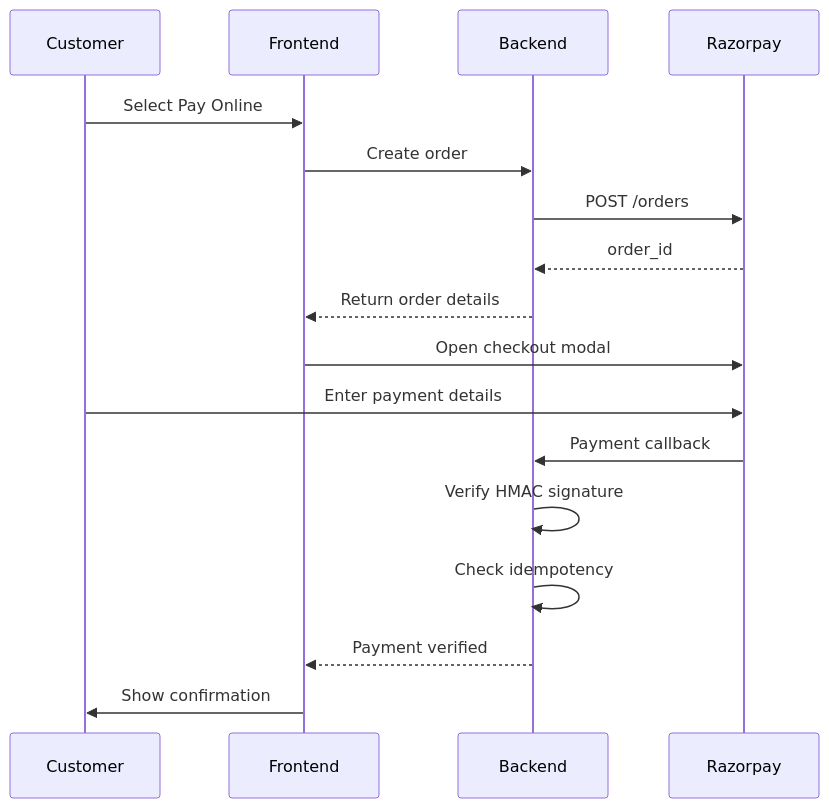
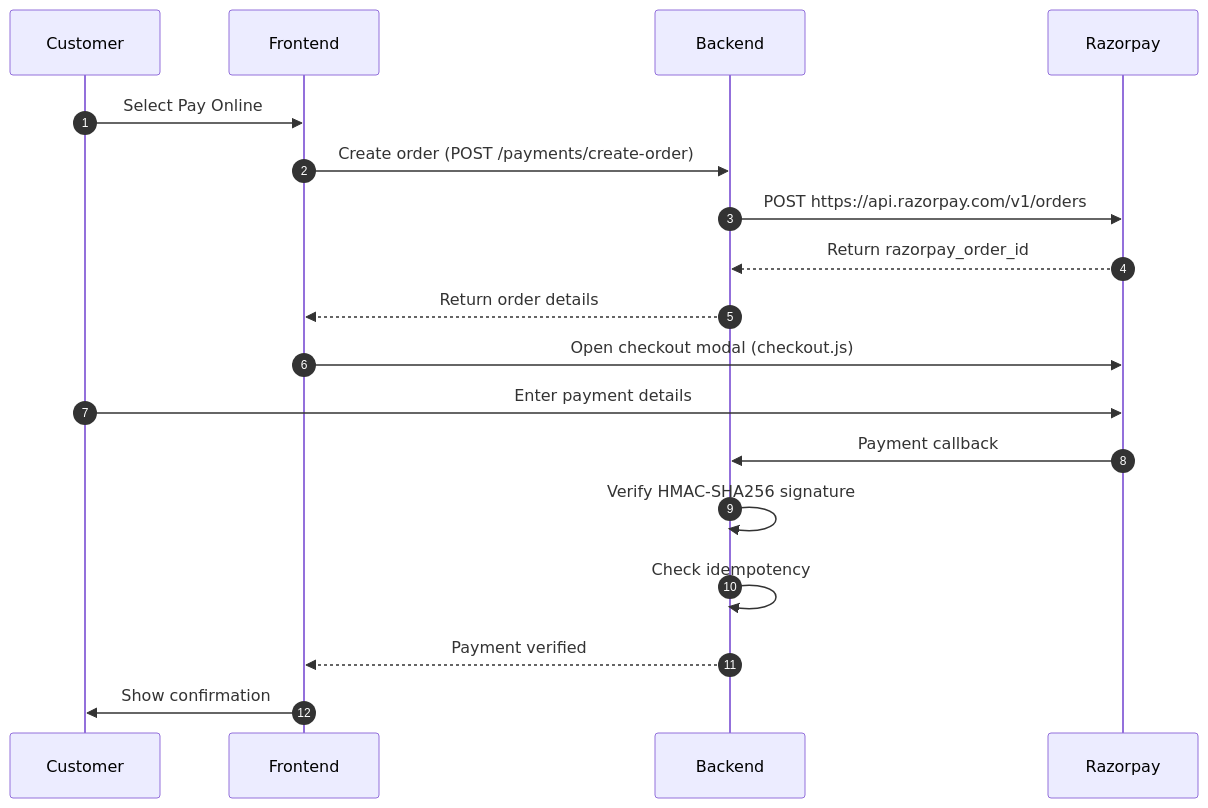
The second of 3 diagrams in README.md (KiranJinka45/JoshiFarms), drawn with Mermaid before and after one commit. The commit also changed other lines of this file, not shown here.

Commit message:
docs: update README.md with production architecture, security design, and AI dispatcher documentation

````diff
--- a/README.md
+++ b/README.md
@@ -85,20 +124,21 @@
 ```mermaid
 sequenceDiagram
+    autonumber
     participant C as Customer
     participant F as Frontend
     participant B as Backend
     participant R as Razorpay
 
     C->>F: Select Pay Online
-    F->>B: Create order
-    B->>R: POST /orders
-    R-->>B: order_id
+    F->>B: Create order (POST /payments/create-order)
+    B->>R: POST https://api.razorpay.com/v1/orders
+    R-->>B: Return razorpay_order_id
     B-->>F: Return order details
-    F->>R: Open checkout modal
+    F->>R: Open checkout modal (checkout.js)
     C->>R: Enter payment details
     R->>B: Payment callback
-    B->>B: Verify HMAC signature
+    B->>B: Verify HMAC-SHA256 signature
     B->>B: Check idempotency
     B-->>F: Payment verified
     F->>C: Show confirmation
 ```
````
